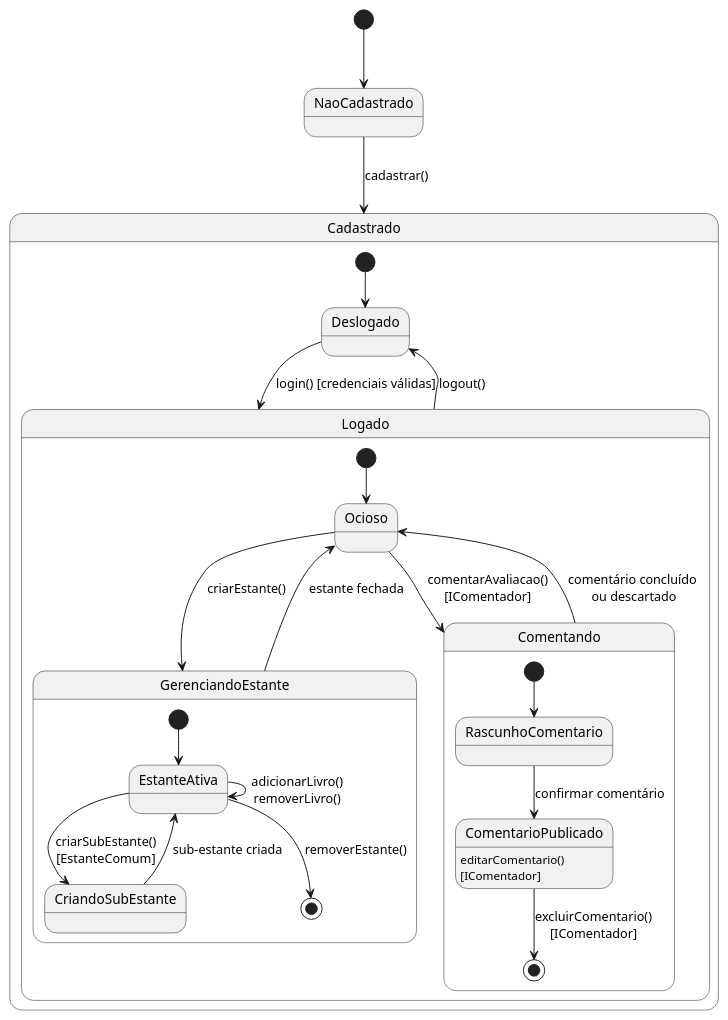
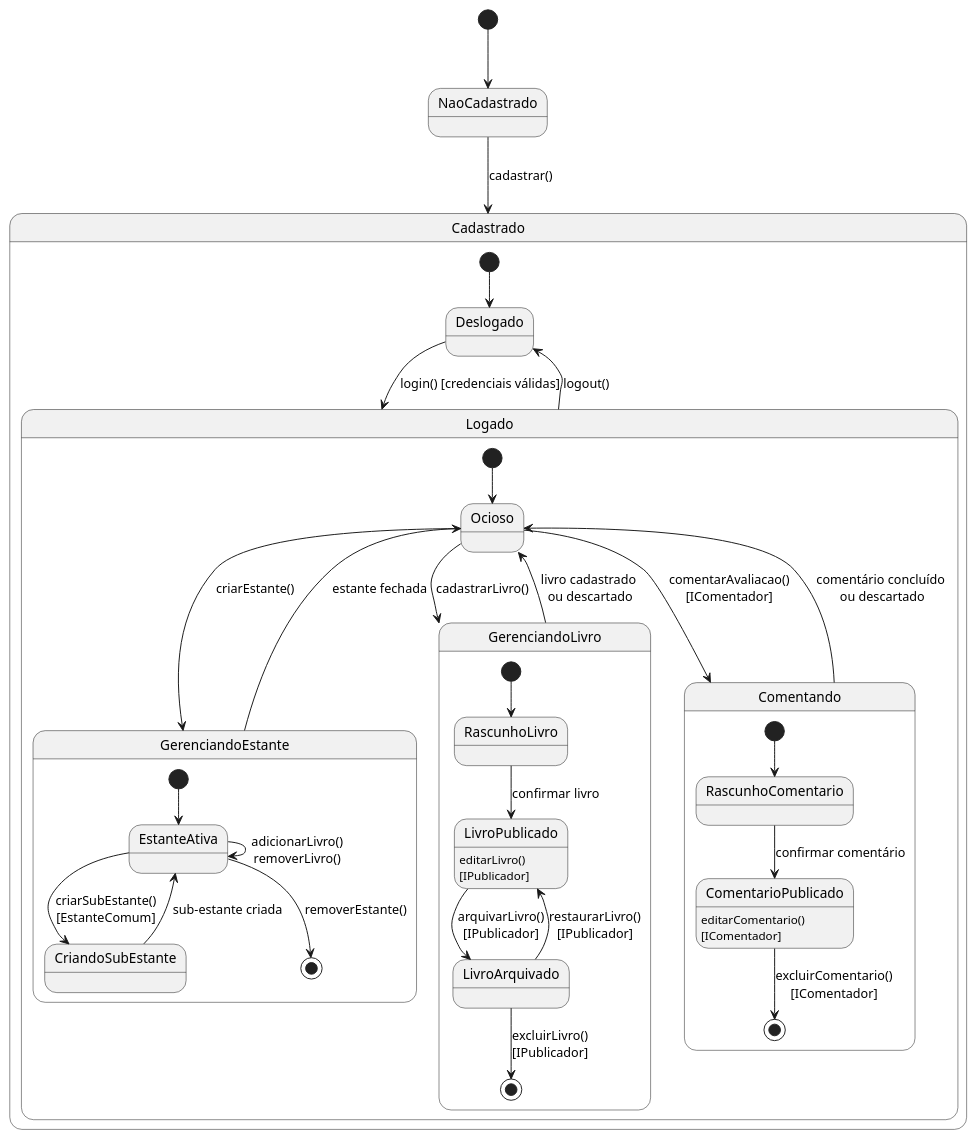
One commit to jalv21/iLib changed the diagram in docs/codigo-plantuml/diagramas-estados/dte-autor-independente.puml. Above: the diagram before and after it, drawn with PlantUML.

Commit message:
docs/criando ciclo de gerenciamento de livros

```diff
--- a/docs/codigo-plantuml/diagramas-estados/dte-autor-independente.puml
+++ b/docs/codigo-plantuml/diagramas-estados/dte-autor-independente.puml
@@ -1,45 +1,60 @@
 @startuml dte-leitor
 skinparam style strictuml
 
 [*] --> NaoCadastrado
 
 state NaoCadastrado {
 }
 
 NaoCadastrado --> Cadastrado : cadastrar()
 
 state Cadastrado {
     [*] --> Deslogado
     Deslogado --> Logado : login() [credenciais válidas]
     Logado --> Deslogado : logout()
 }
 
 state Logado {
     [*] --> Ocioso
 
     Ocioso --> GerenciandoEstante : criarEstante()
 
     state GerenciandoEstante {
         [*] --> EstanteAtiva
 
         EstanteAtiva --> EstanteAtiva : adicionarLivro()\nremoverLivro()
         EstanteAtiva --> CriandoSubEstante : criarSubEstante()\n[EstanteComum]
         CriandoSubEstante --> EstanteAtiva : sub-estante criada
 
         EstanteAtiva --> [*] : removerEstante()
     }
 
     GerenciandoEstante --> Ocioso : estante fechada
 
+    Ocioso --> GerenciandoLivro : cadastrarLivro()
+
+    state GerenciandoLivro {
+        [*] --> RascunhoLivro
+
+        RascunhoLivro --> LivroPublicado : confirmar livro
+        LivroPublicado : editarLivro()\n[IPublicador]
+        LivroPublicado --> LivroArquivado : arquivarLivro()\n[IPublicador]
+
+        LivroArquivado --> LivroPublicado : restaurarLivro()\n[IPublicador]
+        LivroArquivado --> [*] : excluirLivro()\n[IPublicador]
+    }
+
+    GerenciandoLivro --> Ocioso : livro cadastrado \nou descartado
+
     Ocioso --> Comentando : comentarAvaliacao()\n[IComentador]
 
     state Comentando {
         [*] --> RascunhoComentario
         RascunhoComentario --> ComentarioPublicado : confirmar comentário
         ComentarioPublicado : editarComentario()\n[IComentador]
         ComentarioPublicado --> [*] : excluirComentario()\n[IComentador]
     }
     
     Comentando --> Ocioso : comentário concluído \nou descartado
 }
 @enduml
```
